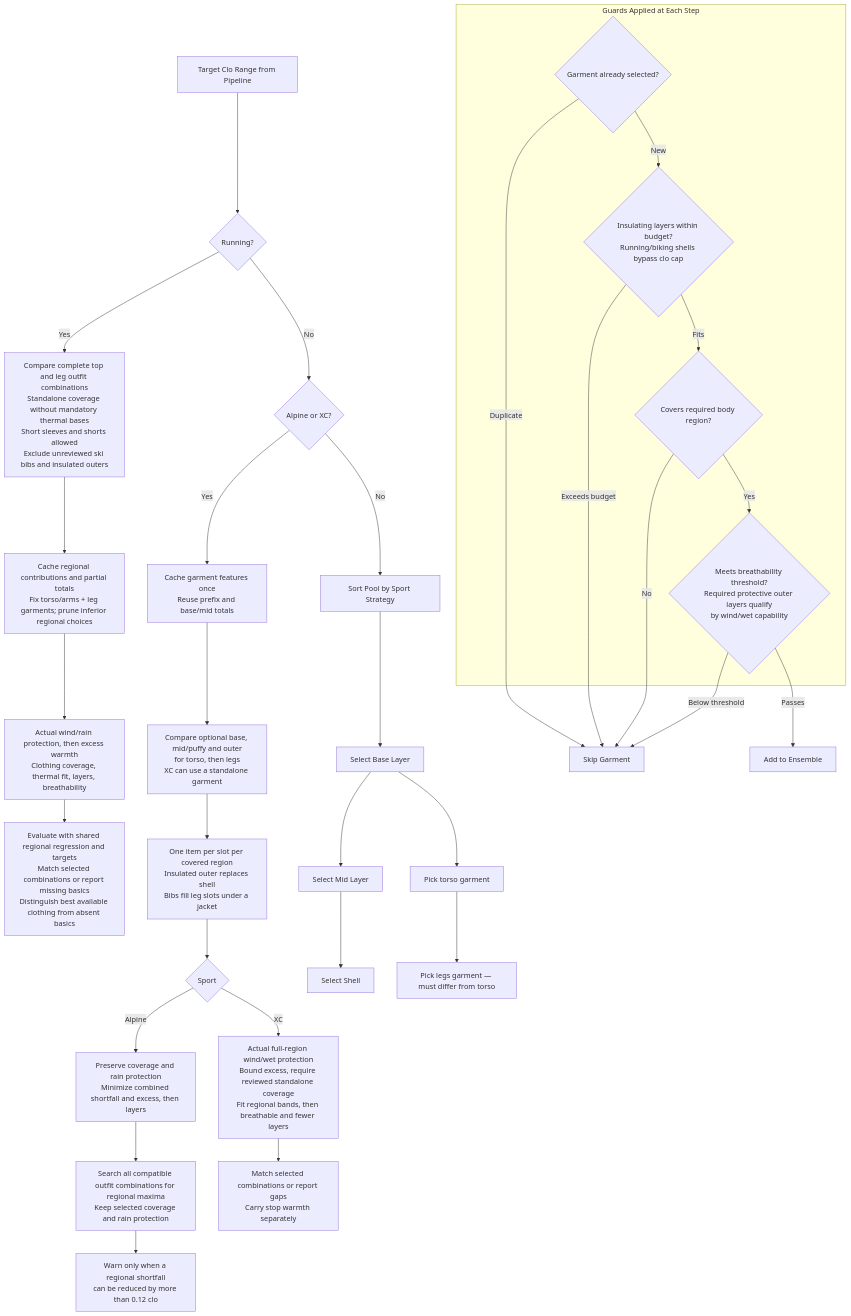
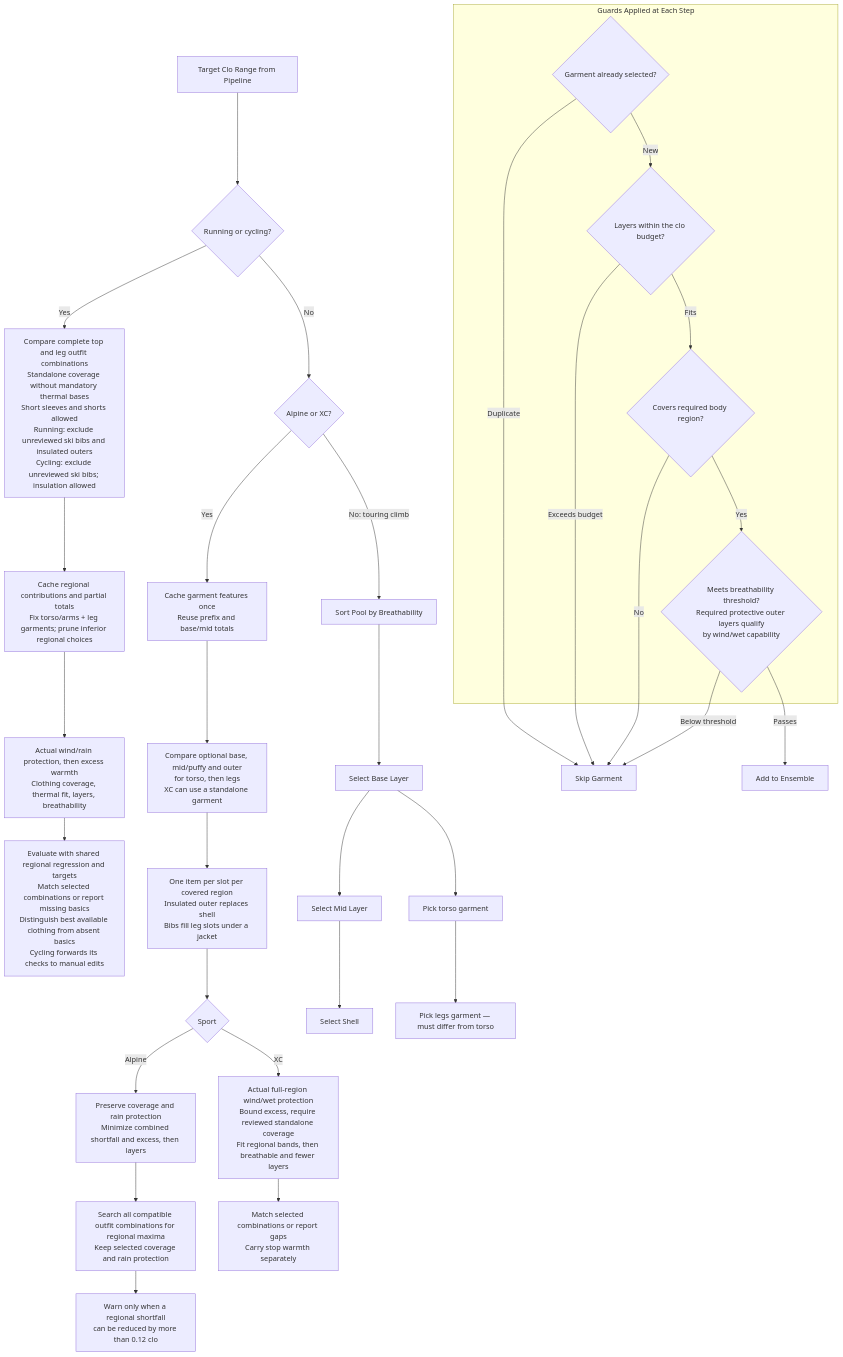
One commit to derobertsw/swttr changed the third of 7 diagrams in README.md. Above: the diagram before and after it, drawn with Mermaid. The commit also changed other lines of this file and 12 other files, not shown here.

First line of the commit message:
Select complete cycling outfits that pass the shared comfort check (#371)

````diff
--- a/README.md
+++ b/README.md
@@ -141,41 +143,41 @@
 ```mermaid
 graph TD
-    START[Target Clo Range from Pipeline] --> RUNNING{Running?}
-    RUNNING -->|Yes| RUNOPT[Compare complete top and leg outfit combinations<br/>Standalone coverage without mandatory thermal bases<br/>Short sleeves and shorts allowed<br/>Exclude unreviewed ski bibs and insulated outers]
+    START[Target Clo Range from Pipeline] --> RUNNING{Running or cycling?}
+    RUNNING -->|Yes| RUNOPT[Compare complete top and leg outfit combinations<br/>Standalone coverage without mandatory thermal bases<br/>Short sleeves and shorts allowed<br/>Running: exclude unreviewed ski bibs and insulated outers<br/>Cycling: exclude unreviewed ski bibs; insulation allowed]
     RUNOPT --> RCACHE[Cache regional contributions and partial totals<br/>Fix torso/arms + leg garments; prune inferior regional choices]
     RCACHE --> RUNRANK[Actual wind/rain protection, then excess warmth<br/>Clothing coverage, thermal fit, layers, breathability]
-    RUNRANK --> RUNREQ[Evaluate with shared regional regression and targets<br/>Match selected combinations or report missing basics<br/>Distinguish best available clothing from absent basics]
+    RUNRANK --> RUNREQ[Evaluate with shared regional regression and targets<br/>Match selected combinations or report missing basics<br/>Distinguish best available clothing from absent basics<br/>Cycling forwards its checks to manual edits]
     RUNNING -->|No| SPORT{Alpine or XC?}
     SPORT -->|Yes| CACHE[Cache garment features once<br/>Reuse prefix and base/mid totals]
     CACHE --> COMB[Compare optional base, mid/puffy and outer<br/>for torso, then legs<br/>XC can use a standalone garment]
     COMB --> CAP[One item per slot per covered region<br/>Insulated outer replaces shell<br/>Bibs fill leg slots under a jacket]
     CAP --> RANK{Sport}
     RANK -->|Alpine| REG[Preserve coverage and rain protection<br/>Minimize combined shortfall and excess, then layers]
     REG --> WARM[Search all compatible outfit combinations for regional maxima<br/>Keep selected coverage and rain protection]
     WARM --> WARN[Warn only when a regional shortfall<br/>can be reduced by more than 0.12 clo]
     RANK -->|XC| XREG[Actual full-region wind/wet protection<br/>Bound excess, require reviewed standalone coverage<br/>Fit regional bands, then breathable and fewer layers]
     XREG --> XREQ[Match selected combinations or report gaps<br/>Carry stop warmth separately]
-    SPORT -->|No| SORT[Sort Pool by Sport Strategy]
+    SPORT -->|No: touring climb| SORT[Sort Pool by Breathability]
     SORT --> BASE[Select Base Layer]
     BASE --> MID[Select Mid Layer]
     MID --> SHELL[Select Shell]
 
     BASE --> T1[Pick torso garment]
     T1 --> L1[Pick legs garment — must differ from torso]
 
     subgraph "Guards Applied at Each Step"
         G1{Garment already selected?}
-        G2{Insulating layers within budget?<br/>Running/biking shells bypass clo cap}
+        G2{Layers within the clo budget?}
         G3{Covers required body region?}
         G4{Meets breathability threshold?<br/>Required protective outer layers qualify<br/>by wind/wet capability}
     end
 
     G1 -->|Duplicate| SKIP[Skip Garment]
     G1 -->|New| G2
     G2 -->|Exceeds budget| SKIP
     G2 -->|Fits| G3
     G3 -->|No| SKIP
     G3 -->|Yes| G4
     G4 -->|Below threshold| SKIP
     G4 -->|Passes| ADD[Add to Ensemble]
 ```
````
